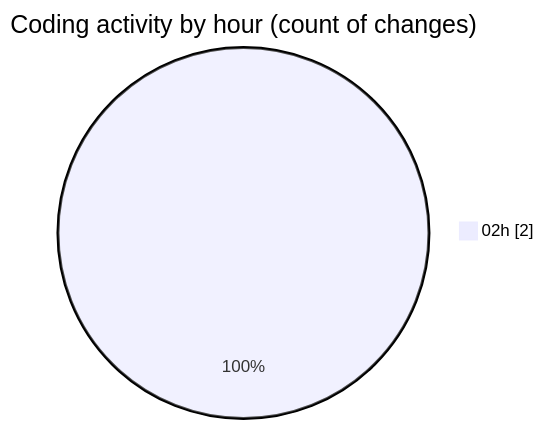
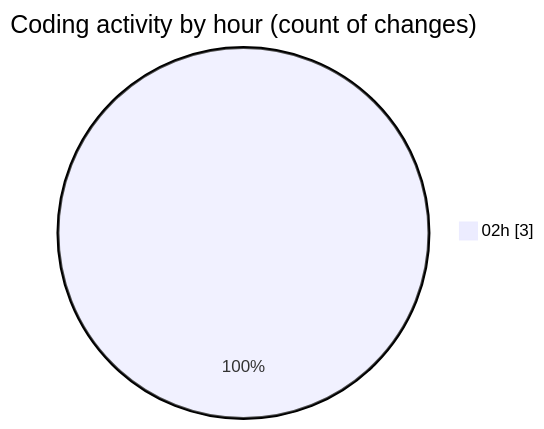
Before and after one commit to JenPaints/code-tracking: the second of 2 diagrams in 2025-05-29/kimberly-groups/README.md, drawn with Mermaid. The commit also changed other lines of this file and 1 other file, not shown here.

````diff
--- a/2025-05-29/kimberly-groups/README.md
+++ b/2025-05-29/kimberly-groups/README.md
@@ -28,5 +28,5 @@
 ```mermaid
 pie showData
 title Coding activity by hour (count of changes)
-"02h" : 2
+"02h" : 3
 ```
````
